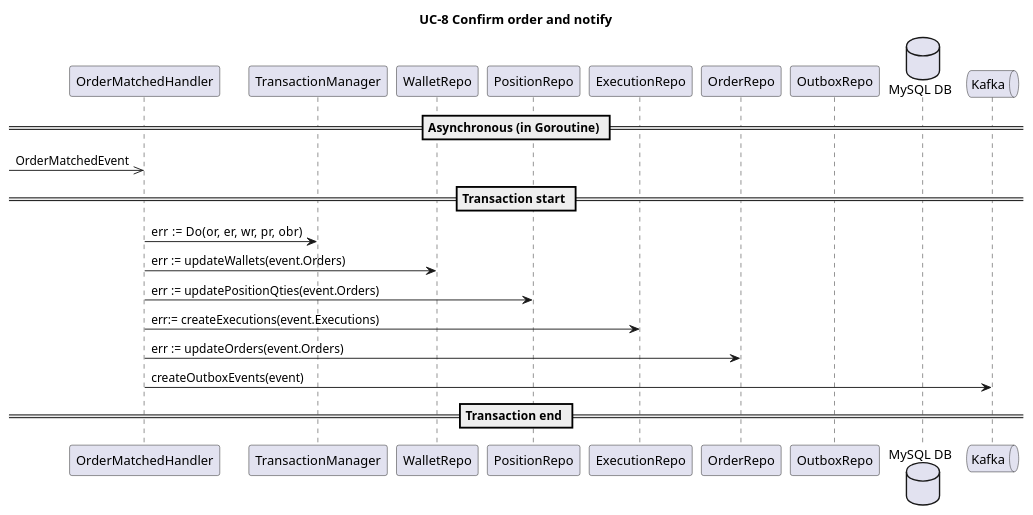
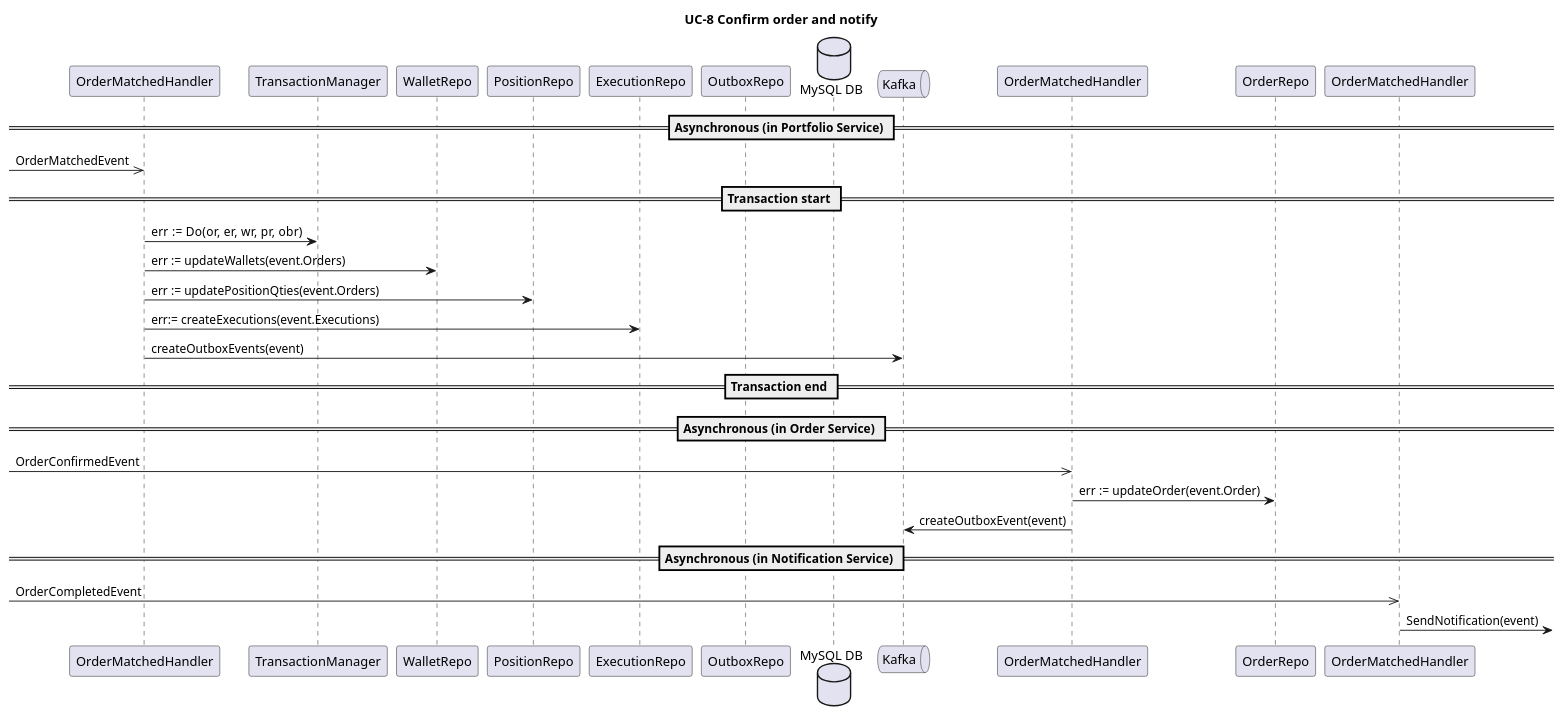
Before and after one commit to cjayneb/log430-project: the diagram in docs/use_cases/uc08_sequence.puml, drawn with PlantUML. The commit also changed 13 other files, not shown here.

```diff
--- a/docs/use_cases/uc08_sequence.puml
+++ b/docs/use_cases/uc08_sequence.puml
@@ -1,27 +1,36 @@
 @startuml
 title UC-8 Confirm order and notify
 
 participant "OrderMatchedHandler" as handler
 participant "TransactionManager" as tm
 participant "WalletRepo" as wr
 participant "PositionRepo" as pr
 participant "ExecutionRepo" as er
-participant "OrderRepo" as or
 participant "OutboxRepo" as obr
 database "MySQL DB" as mysql
 queue "Kafka" as kafka
 
-== Asynchronous (in Goroutine) ==
+participant "OrderMatchedHandler" as confirmedhandler
+participant "OrderRepo" as or
+participant "OrderMatchedHandler" as notifhandler
+
+== Asynchronous (in Portfolio Service) ==
 ->> handler : OrderMatchedEvent
 == Transaction start ==
 handler -> tm : err := Do(or, er, wr, pr, obr)
 handler -> wr : err := updateWallets(event.Orders)
 handler -> pr: err := updatePositionQties(event.Orders)
 handler -> er : err:= createExecutions(event.Executions)
-handler -> or : err := updateOrders(event.Orders)
 handler -> kafka : createOutboxEvents(event)
 == Transaction end ==
 
+== Asynchronous (in Order Service) ==
+->> confirmedhandler : OrderConfirmedEvent
+confirmedhandler -> or : err := updateOrder(event.Order)
+confirmedhandler -> kafka : createOutboxEvent(event)
 
+== Asynchronous (in Notification Service) ==
+->> notifhandler : OrderCompletedEvent
+notifhandler ->  : SendNotification(event)
 
 @enduml
```
